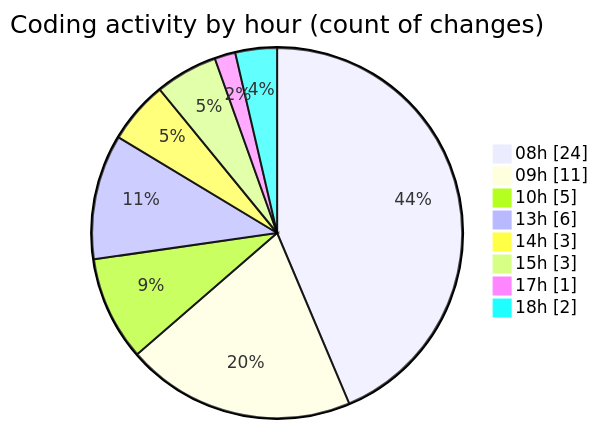
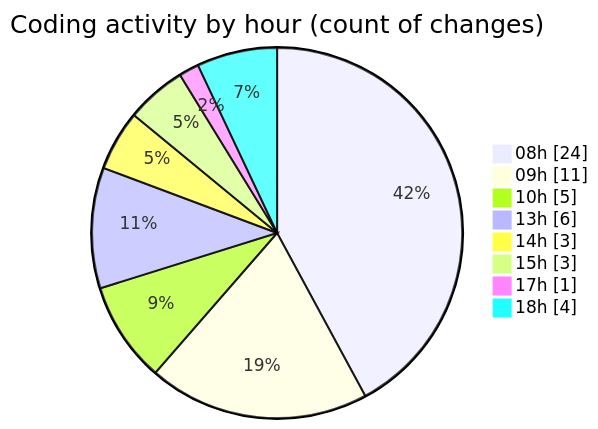
Before and after one commit to Elitesun/code-tracking: the second of 2 diagrams in 2025-05-12/niten/README.md, drawn with Mermaid. The commit also changed other lines of this file and 1 other file, not shown here.

````diff
--- a/2025-05-12/niten/README.md
+++ b/2025-05-12/niten/README.md
@@ -55,12 +55,12 @@
 ```mermaid
 pie showData
 title Coding activity by hour (count of changes)
 "08h" : 24
 "09h" : 11
 "10h" : 5
 "13h" : 6
 "14h" : 3
 "15h" : 3
 "17h" : 1
-"18h" : 2
+"18h" : 4
 ```
````
